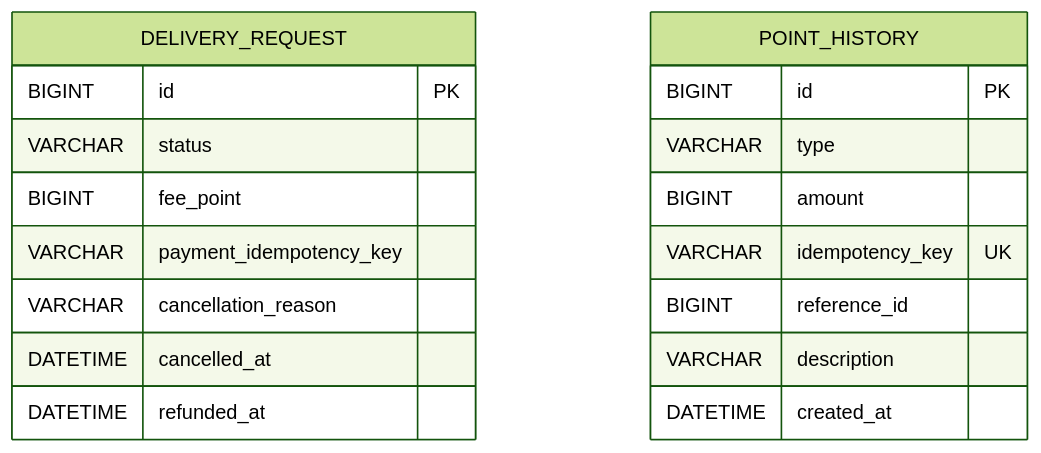
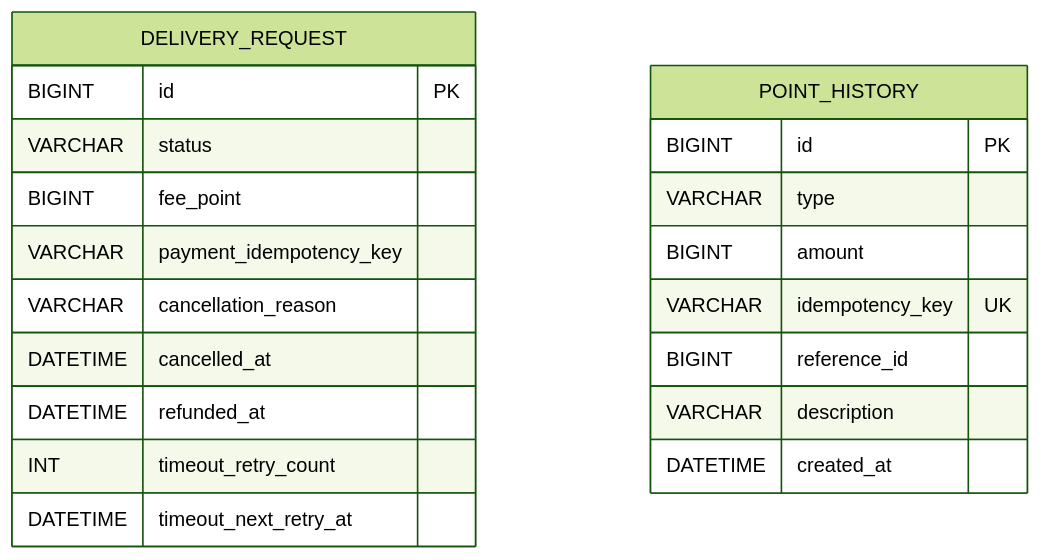
Before and after one commit to ShinhanDSProject/shinhan-delivery: the second of 2 diagrams in docs/design/배송-자동-타임아웃-환불-기능-설계서.md, drawn with Mermaid (forest theme). The commit also changed other lines of this file and 16 other files, not shown here.

````diff
--- a/docs/design/배송-자동-타임아웃-환불-기능-설계서.md
+++ b/docs/design/배송-자동-타임아웃-환불-기능-설계서.md
@@ -52,21 +52,23 @@
 ```mermaid
 erDiagram
     DELIVERY_REQUEST {
         BIGINT id PK
         VARCHAR status
         BIGINT fee_point
         VARCHAR payment_idempotency_key
         VARCHAR cancellation_reason
         DATETIME cancelled_at
         DATETIME refunded_at
+        INT timeout_retry_count
+        DATETIME timeout_next_retry_at
     }
     POINT_HISTORY {
         BIGINT id PK
         VARCHAR type
         BIGINT amount
         VARCHAR idempotency_key UK
         BIGINT reference_id
         VARCHAR description
         DATETIME created_at
     }
 ```
````
